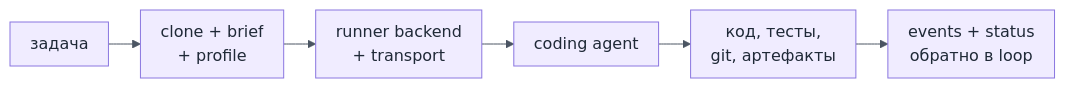
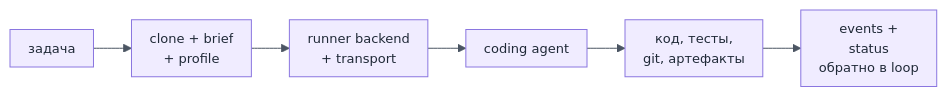
Before and after one commit to egv/yolo-runner: the sixth of 7 diagrams in slides.md, drawn with Mermaid. The commit also changed other lines of this file and 1 other file, not shown here.

````diff
--- a/slides.md
+++ b/slides.md
@@ -571,9 +651,9 @@
 ```mermaid
-%%{init: {'theme': 'base', 'themeVariables': { 'fontFamily': 'Inter, ui-sans-serif, system-ui', 'fontSize': '16px', 'primaryColor': '#f0ecff', 'primaryTextColor': '#1f2937', 'primaryBorderColor': '#8a76e0', 'lineColor': '#4b5563', 'secondaryColor': '#eef5ff', 'tertiaryColor': '#eefaf2' }, 'flowchart': { 'htmlLabels': true, 'curve': 'basis', 'nodeSpacing': 24, 'rankSpacing': 32, 'padding': 10 } } }%%
+%%{init: {'theme': 'base', 'themeVariables': { 'fontFamily': 'Inter, ui-sans-serif, system-ui', 'fontSize': '13px', 'primaryColor': '#f0ecff', 'primaryTextColor': '#1f2937', 'primaryBorderColor': '#8a76e0', 'lineColor': '#4b5563', 'secondaryColor': '#eef5ff', 'tertiaryColor': '#eefaf2' }, 'flowchart': { 'htmlLabels': true, 'curve': 'basis', 'nodeSpacing': 28, 'rankSpacing': 38, 'padding': 9 } } }%%
 flowchart LR
   Task["задача"] --> Prep["clone + brief<br/>+ profile"]
   Prep --> Backend["runner backend<br/>+ transport"]
   Backend --> Agent["coding agent"]
   Agent --> Work["код, тесты,<br/>git, артефакты"]
-  Work --> Report["events + status<br/>обратно в loop"]
+  Work --> Report["events +<br/>status<br/>обратно в loop"]
 ```
````
